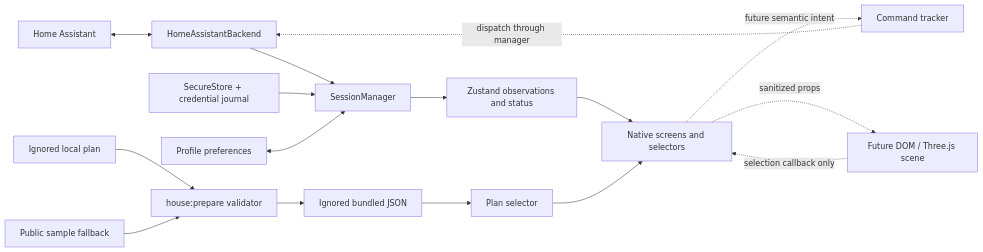
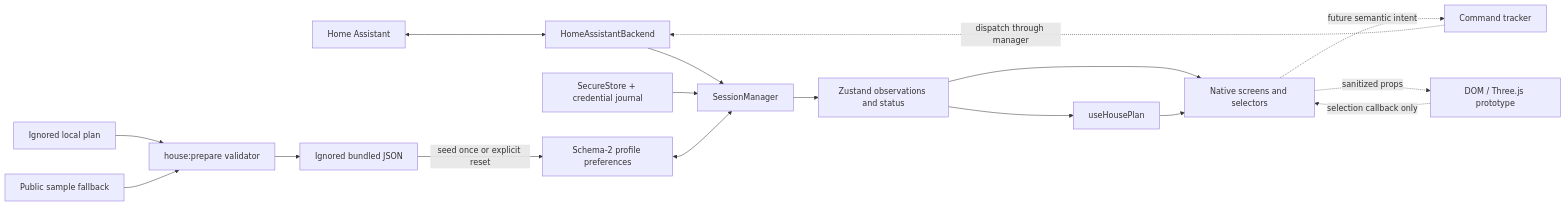
One commit to Jeremya/cockpit-home-assistant changed the diagram in docs/BACKLOG.md. Above: the diagram before and after it, drawn with Mermaid. The commit also changed other lines of this file and 13 other files, not shown here.

````diff
--- a/docs/BACKLOG.md
+++ b/docs/BACKLOG.md
@@ -23,18 +25,19 @@
 ```mermaid
 flowchart LR
   HA[Home Assistant] <--> Backend[HomeAssistantBackend]
   Backend --> Manager[SessionManager]
   Credentials[SecureStore + credential journal] --> Manager
-  Prefs[Profile preferences] <--> Manager
+  Prefs[Schema-2 profile preferences] <--> Manager
   Manager --> Store[Zustand observations and status]
   Store --> Native[Native screens and selectors]
   Local[Ignored local plan] --> Prepare[house:prepare validator]
   Sample[Public sample fallback] --> Prepare
   Prepare --> Bundle[Ignored bundled JSON]
-  Bundle --> Plan[Plan selector]
+  Bundle -->|seed once or explicit reset| Prefs
+  Store --> Plan[useHousePlan]
   Plan --> Native
   Native -. future semantic intent .-> Tracker[Command tracker]
   Tracker -. dispatch through manager .-> Backend
-  Native -. sanitized props .-> Scene[Future DOM / Three.js scene]
+  Native -. sanitized props .-> Scene[DOM / Three.js prototype]
   Scene -. selection callback only .-> Native
 ```
````
